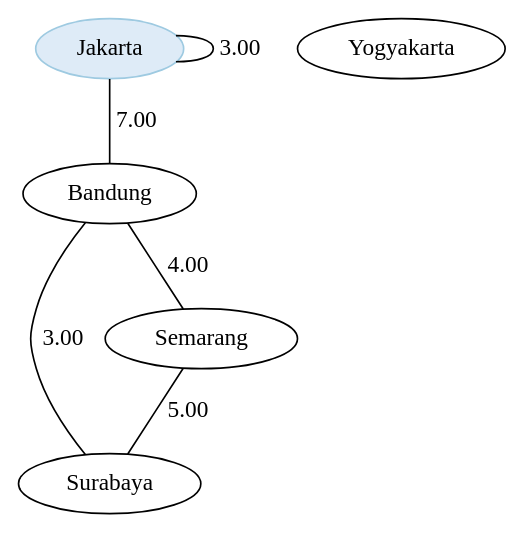
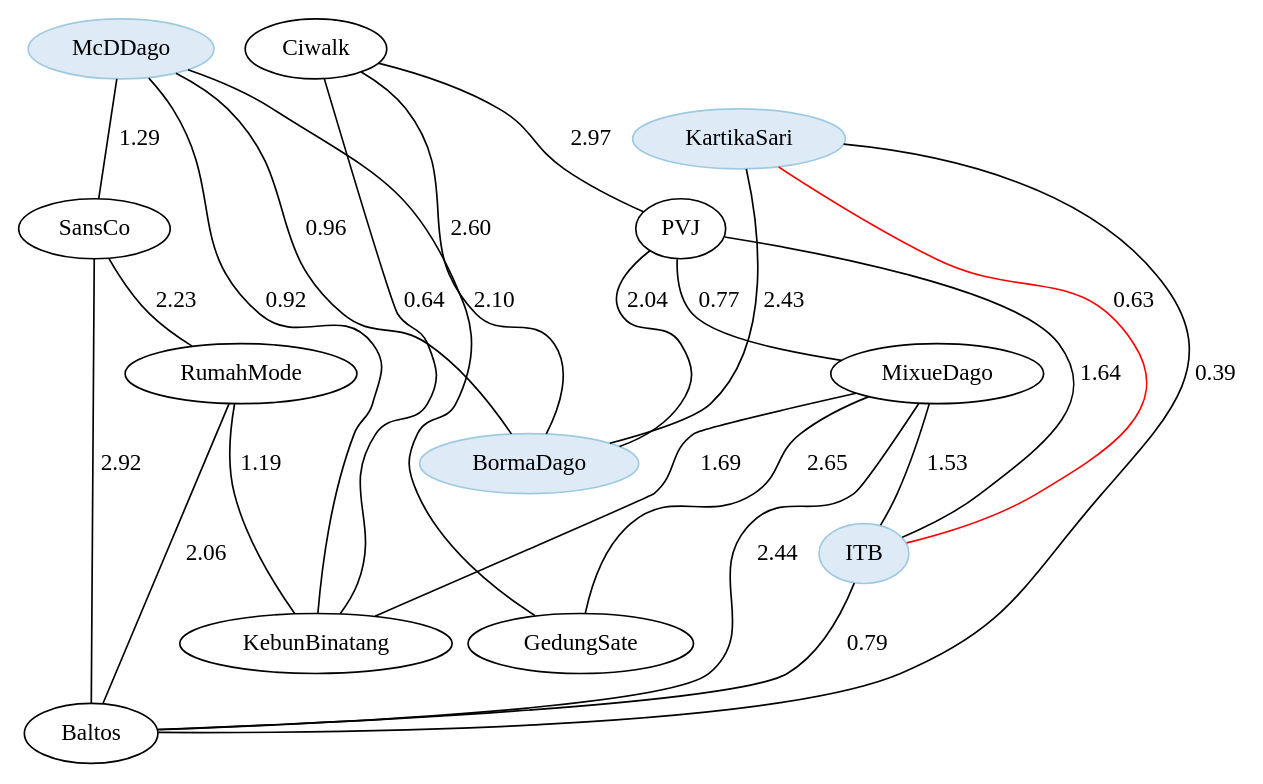
Before and after one commit to Gulilil/IF2211_Tucil3_13521008_13521116: the diagram in src/frontend/assets/solutionGraph.gv, drawn with Graphviz. The commit also changed 2 other files, not shown here.

```diff
--- a/src/frontend/assets/solutionGraph.gv
+++ b/src/frontend/assets/solutionGraph.gv
@@ -1,32 +1,116 @@
 strict graph {
 
 
-	"Jakarta" [ color="2", colorscheme="blues3", fillcolor="1", style="filled",  weight=0 ];
+	"McDDago" [ color="2", colorscheme="blues3", fillcolor="1", style="filled",  weight=0 ];
 
-	"Jakarta" -- "Jakarta" [ color="black", label="3.00",  weight=0 ];
+	"McDDago" -- "KebunBinatang" [ color="black", label="0.92",  weight=0 ];
 
-	"Jakarta" -- "Bandung" [ color="black", label="7.00",  weight=0 ];
+	"McDDago" -- "BormaDago" [ color="black", label="0.96",  weight=0 ];
 
-	"Bandung" [  weight=0 ];
+	"McDDago" -- "SansCo" [ color="black", label="1.29",  weight=0 ];
 
-	"Bandung" -- "Surabaya" [ color="black", label="3.00",  weight=0 ];
+	"McDDago" -- "GedungSate" [ color="black", label="2.10",  weight=0 ];
 
-	"Bandung" -- "Jakarta" [ color="black", label="7.00",  weight=0 ];
+	"Ciwalk" [  weight=0 ];
 
-	"Bandung" -- "Semarang" [ color="black", label="4.00",  weight=0 ];
+	"Ciwalk" -- "KebunBinatang" [ color="black", label="0.64",  weight=0 ];
 
-	"Semarang" [  weight=0 ];
+	"Ciwalk" -- "PVJ" [ color="black", label="2.97",  weight=0 ];
 
-	"Semarang" -- "Bandung" [ color="black", label="4.00",  weight=0 ];
+	"Ciwalk" -- "BormaDago" [ color="black", label="2.60",  weight=0 ];
 
-	"Semarang" -- "Surabaya" [ color="black", label="5.00",  weight=0 ];
+	"PVJ" [  weight=0 ];
 
-	"Yogyakarta" [  weight=0 ];
+	"PVJ" -- "ITB" [ color="black", label="1.64",  weight=0 ];
 
-	"Surabaya" [  weight=0 ];
+	"PVJ" -- "MixueDago" [ color="black", label="0.77",  weight=0 ];
 
-	"Surabaya" -- "Bandung" [ color="black", label="3.00",  weight=0 ];
+	"PVJ" -- "BormaDago" [ color="black", label="2.04",  weight=0 ];
 
-	"Surabaya" -- "Semarang" [ color="black", label="5.00",  weight=0 ];
+	"PVJ" -- "Ciwalk" [ color="black", label="2.97",  weight=0 ];
+
+	"MixueDago" [  weight=0 ];
+
+	"MixueDago" -- "ITB" [ color="black", label="1.53",  weight=0 ];
+
+	"MixueDago" -- "KebunBinatang" [ color="black", label="1.69",  weight=0 ];
+
+	"MixueDago" -- "PVJ" [ color="black", label="0.77",  weight=0 ];
+
+	"MixueDago" -- "GedungSate" [ color="black", label="2.65",  weight=0 ];
+
+	"MixueDago" -- "Baltos" [ color="black", label="2.44",  weight=0 ];
+
+	"KartikaSari" [ color="2", colorscheme="blues3", fillcolor="1", style="filled",  weight=0 ];
+
+	"KartikaSari" -- "ITB" [ color="red", label="0.63",  weight=0 ];
+
+	"KartikaSari" -- "BormaDago" [ color="black", label="2.43",  weight=0 ];
+
+	"KartikaSari" -- "Baltos" [ color="black", label="0.39",  weight=0 ];
+
+	"BormaDago" [ color="2", colorscheme="blues3", fillcolor="1", style="filled",  weight=0 ];
+
+	"BormaDago" -- "Ciwalk" [ color="black", label="2.60",  weight=0 ];
+
+	"BormaDago" -- "McDDago" [ color="black", label="0.96",  weight=0 ];
+
+	"BormaDago" -- "PVJ" [ color="black", label="2.04",  weight=0 ];
+
+	"BormaDago" -- "KartikaSari" [ color="black", label="2.43",  weight=0 ];
+
+	"GedungSate" [  weight=0 ];
+
+	"GedungSate" -- "McDDago" [ color="black", label="2.10",  weight=0 ];
+
+	"GedungSate" -- "MixueDago" [ color="black", label="2.65",  weight=0 ];
+
+	"ITB" [ color="2", colorscheme="blues3", fillcolor="1", style="filled",  weight=0 ];
+
+	"ITB" -- "KartikaSari" [ color="red", label="0.63",  weight=0 ];
+
+	"ITB" -- "Baltos" [ color="black", label="0.79",  weight=0 ];
+
+	"ITB" -- "PVJ" [ color="black", label="1.64",  weight=0 ];
+
+	"ITB" -- "MixueDago" [ color="black", label="1.53",  weight=0 ];
+
+	"SansCo" [  weight=0 ];
+
+	"SansCo" -- "McDDago" [ color="black", label="1.29",  weight=0 ];
+
+	"SansCo" -- "RumahMode" [ color="black", label="2.23",  weight=0 ];
+
+	"SansCo" -- "Baltos" [ color="black", label="2.92",  weight=0 ];
+
+	"RumahMode" [  weight=0 ];
+
+	"RumahMode" -- "KebunBinatang" [ color="black", label="1.19",  weight=0 ];
+
+	"RumahMode" -- "SansCo" [ color="black", label="2.23",  weight=0 ];
+
+	"RumahMode" -- "Baltos" [ color="black", label="2.06",  weight=0 ];
+
+	"Baltos" [  weight=0 ];
+
+	"Baltos" -- "KartikaSari" [ color="black", label="0.39",  weight=0 ];
+
+	"Baltos" -- "SansCo" [ color="black", label="2.92",  weight=0 ];
+
+	"Baltos" -- "ITB" [ color="black", label="0.79",  weight=0 ];
+
+	"Baltos" -- "MixueDago" [ color="black", label="2.44",  weight=0 ];
+
+	"Baltos" -- "RumahMode" [ color="black", label="2.06",  weight=0 ];
+
+	"KebunBinatang" [  weight=0 ];
+
+	"KebunBinatang" -- "MixueDago" [ color="black", label="1.69",  weight=0 ];
+
+	"KebunBinatang" -- "RumahMode" [ color="black", label="1.19",  weight=0 ];
+
+	"KebunBinatang" -- "Ciwalk" [ color="black", label="0.64",  weight=0 ];
+
+	"KebunBinatang" -- "McDDago" [ color="black", label="0.92",  weight=0 ];
 
 }
```
